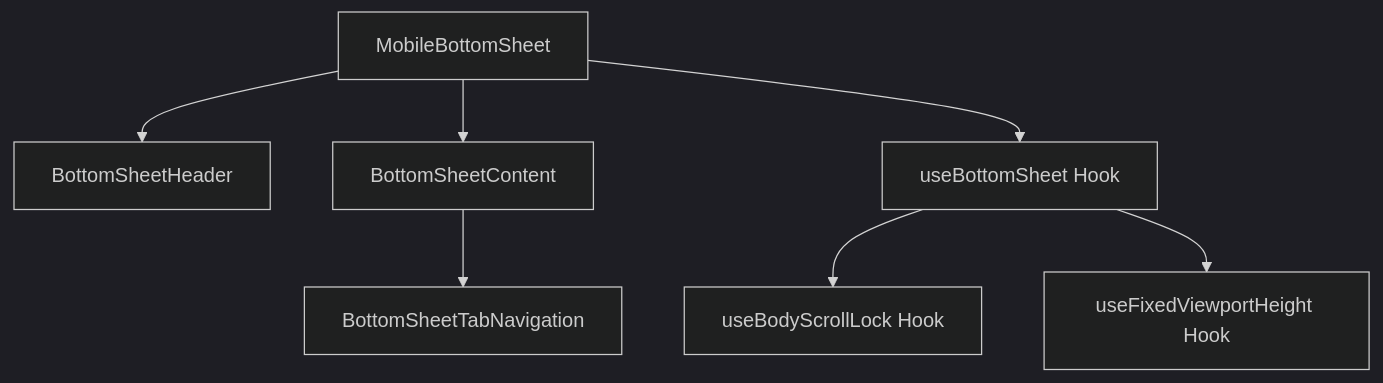
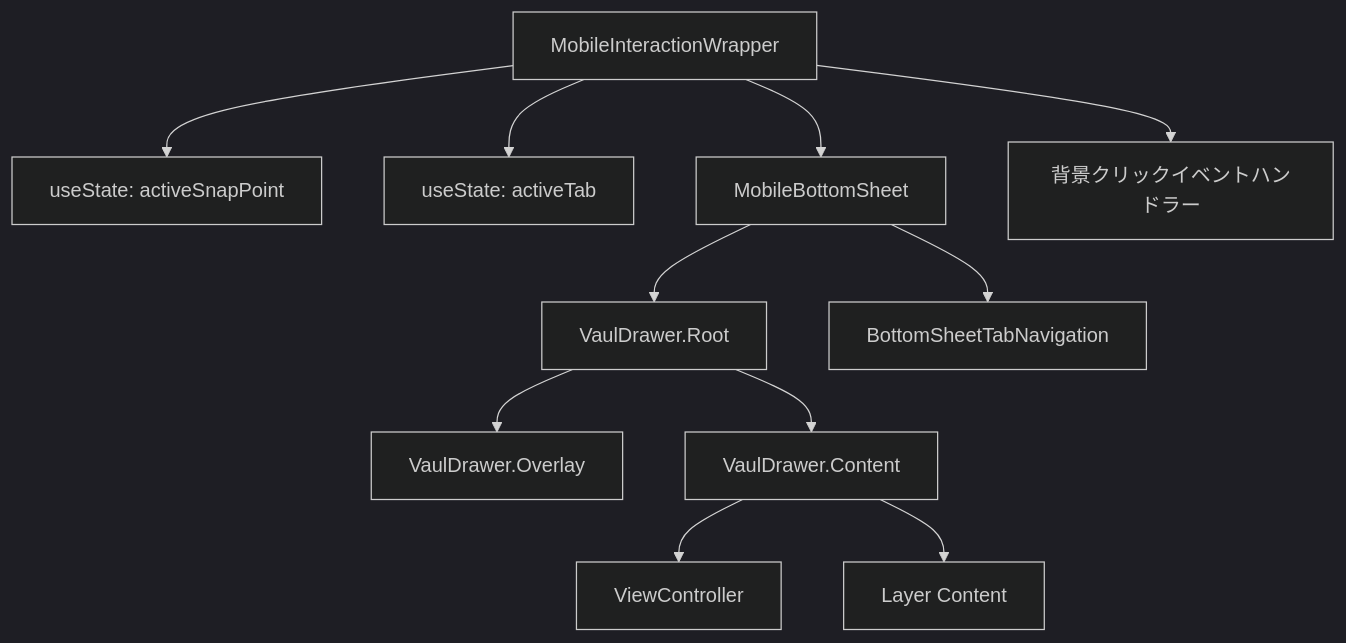
Before and after one commit to endo-ava/music-theory-app: the first of 2 diagrams in src/components/layouts/MobileBottomSheet/README.md, drawn with Mermaid (dark theme). The commit also changed other lines of this file and 11 other files, not shown here.

First line of the commit message:
refactor: replace MobileBottomSheet with Vaul-based implementation

````diff
--- a/src/components/layouts/MobileBottomSheet/README.md
+++ b/src/components/layouts/MobileBottomSheet/README.md
@@ -49,9 +51,13 @@
 ```mermaid
 graph TD
-    A[MobileBottomSheet] --> B[BottomSheetHeader]
-    A --> C[BottomSheetContent]
-    C --> D[BottomSheetTabNavigation]
-    A --> E[useBottomSheet Hook]
-    E --> F[useBodyScrollLock Hook]
-    E --> G[useFixedViewportHeight Hook]
+    A[MobileInteractionWrapper] --> B[useState: activeSnapPoint]
+    A --> C[useState: activeTab]
+    A --> D[MobileBottomSheet]
+    A --> E[背景クリックイベントハンドラー]
+    D --> F[VaulDrawer.Root]
+    D --> G[BottomSheetTabNavigation]
+    F --> H[VaulDrawer.Overlay]
+    F --> I[VaulDrawer.Content]
+    I --> J[ViewController]
+    I --> K[Layer Content]
 ```
````
